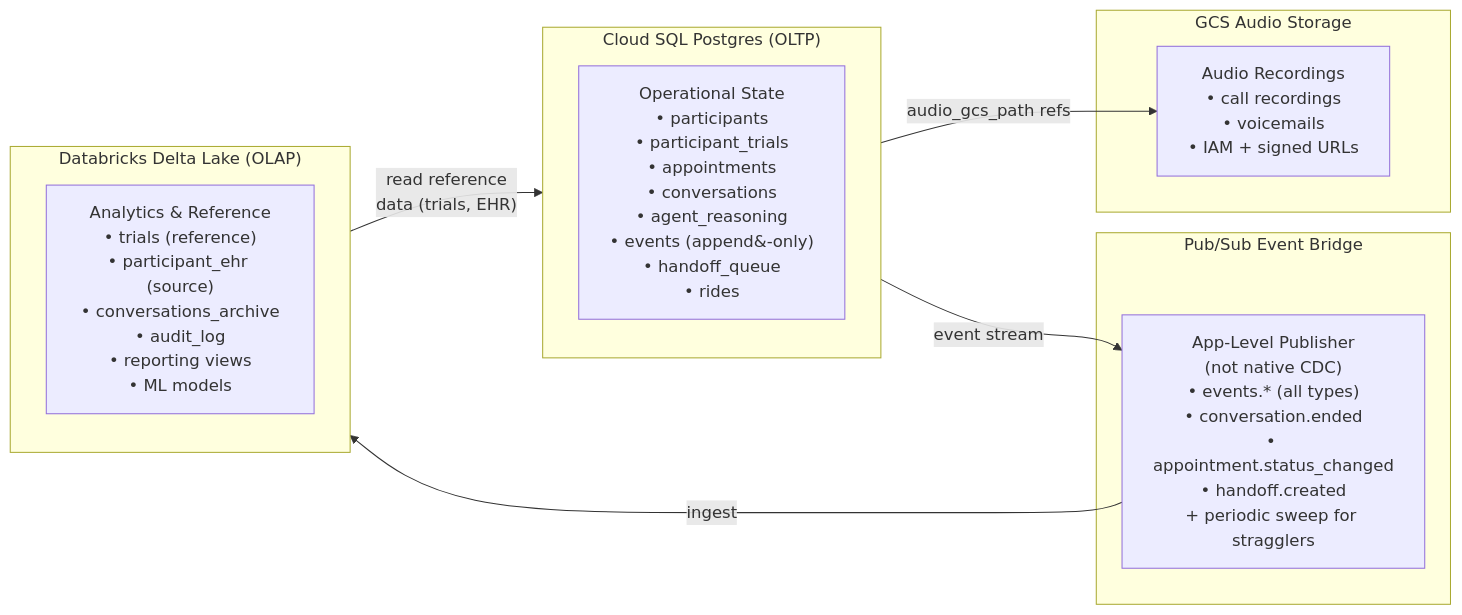
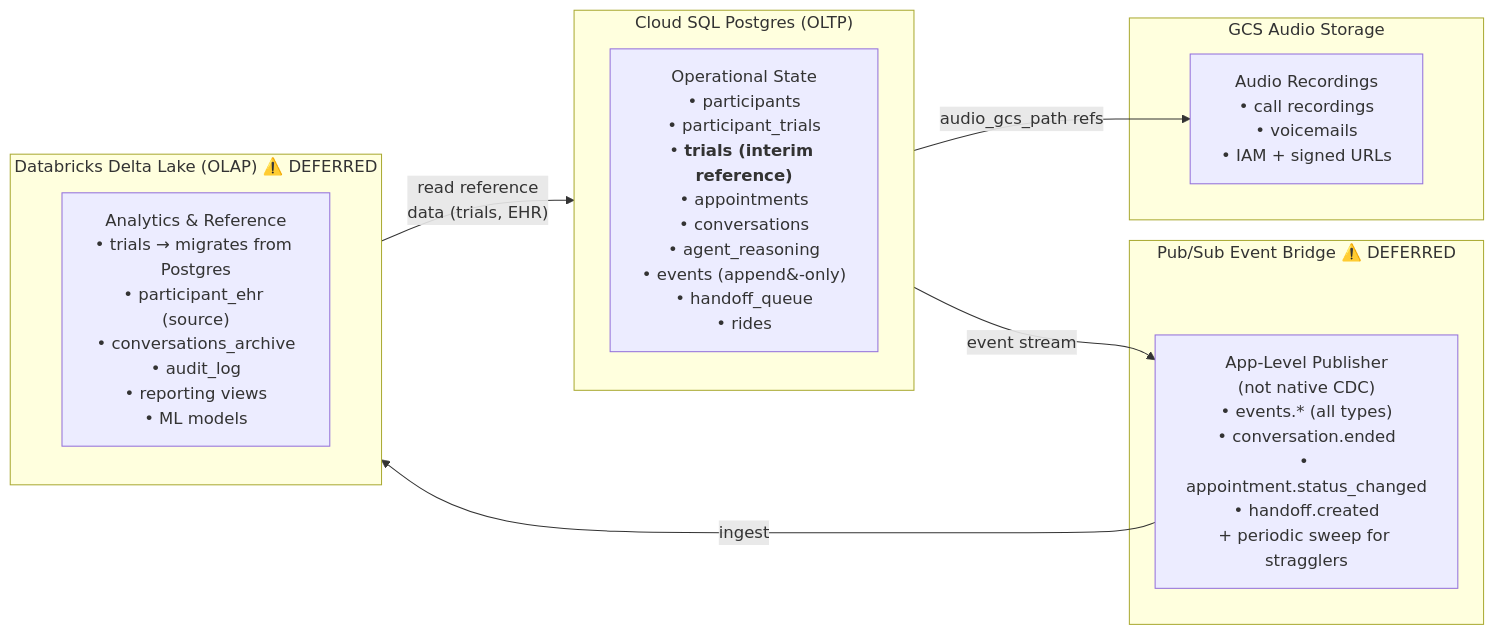
One commit to wilsonwolf/ask_mary changed the sixth of 10 diagrams in local_docs/ask_mary_plan.md. Above: the diagram before and after it, drawn with Mermaid. The commit also changed other lines of this file and 53 other files, not shown here.

````diff
--- a/local_docs/ask_mary_plan.md
+++ b/local_docs/ask_mary_plan.md
@@ -878,25 +882,25 @@
 ```mermaid
 graph LR
     subgraph "Cloud SQL Postgres (OLTP)"
         direction TB
-        PG["Operational State<br/>• participants<br/>• participant_trials<br/>• appointments<br/>• conversations<br/>• agent_reasoning<br/>• events (append&#8209;only)<br/>• handoff_queue<br/>• rides"]
+        PG["Operational State<br/>• participants<br/>• participant_trials<br/>• <b>trials (interim reference)</b><br/>• appointments<br/>• conversations<br/>• agent_reasoning<br/>• events (append&#8209;only)<br/>• handoff_queue<br/>• rides"]
     end
 
-    subgraph "Pub/Sub Event Bridge"
+    subgraph "Pub/Sub Event Bridge ⚠️ DEFERRED"
         PS["App-Level Publisher<br/>(not native CDC)<br/>• events.* (all types)<br/>• conversation.ended<br/>• appointment.status_changed<br/>• handoff.created<br/>+ periodic sweep for stragglers"]
     end
 
-    subgraph "Databricks Delta Lake (OLAP)"
+    subgraph "Databricks Delta Lake (OLAP) ⚠️ DEFERRED"
         direction TB
-        DB["Analytics & Reference<br/>• trials (reference)<br/>• participant_ehr (source)<br/>• conversations_archive<br/>• audit_log<br/>• reporting views<br/>• ML models"]
+        DB["Analytics & Reference<br/>• trials → migrates from Postgres<br/>• participant_ehr (source)<br/>• conversations_archive<br/>• audit_log<br/>• reporting views<br/>• ML models"]
     end
 
     subgraph "GCS Audio Storage"
         GCS["Audio Recordings<br/>• call recordings<br/>• voicemails<br/>• IAM + signed URLs"]
     end
 
     PG -->|"event stream"| PS
     PS -->|"ingest"| DB
     DB -->|"read reference<br/>data (trials, EHR)"| PG
     PG -->|"audio_gcs_path refs"| GCS
 ```
````
